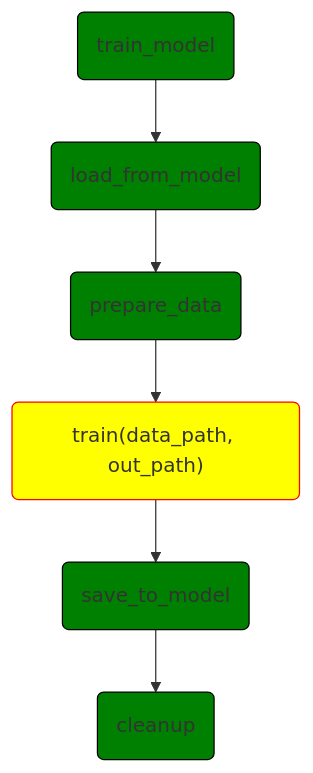
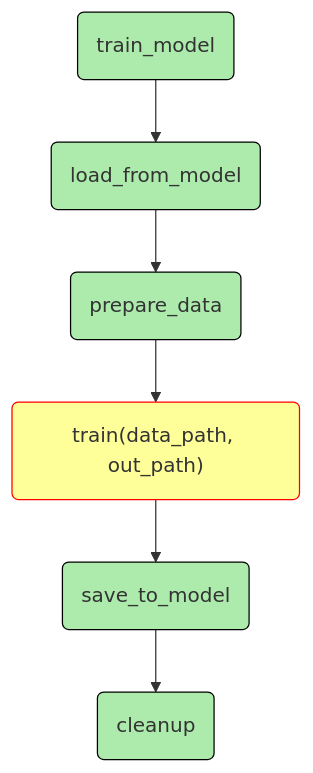
The fourth of 5 diagrams in tutorials/model_management/advance/model_adapter_flows/chapter.md (dataloop-ai/dtlpy-documentation), drawn with Mermaid before and after one commit. The commit also changed other lines of this file and 1 other file, not shown here.

Commit message:
Changing color intensity of the flowchart blocks

````diff
--- a/tutorials/model_management/advance/model_adapter_flows/chapter.md
+++ b/tutorials/model_management/advance/model_adapter_flows/chapter.md
@@ -97,18 +97,18 @@
 ```mermaid
 flowchart TD
     id1(train_model)-->
     id2(load_from_model)-->
     id3(prepare_data)-->
     id4("train(data_path, out_path)")-->
     id5(save_to_model)-->
     id6(cleanup)
-    style id1 fill:green, stroke: black
-    style id2 fill:green, stroke: black
-    style id3 fill:green, stroke: black
-    style id4 fill:yellow, stroke: red
-    style id5 fill:green, stroke: black
-    style id6 fill:green, stroke: black
+    style id1 fill:#adebad, stroke: black
+    style id2 fill:#adebad, stroke: black
+    style id3 fill:#adebad, stroke: black
+    style id4 fill:#ffff99, stroke: red
+    style id5 fill:#adebad, stroke: black
+    style id6 fill:#adebad, stroke: black
     click id2 "./#load_from_model"
     click id4 "./#train"
     click id5 "./$save_to_model"
 ```
````
